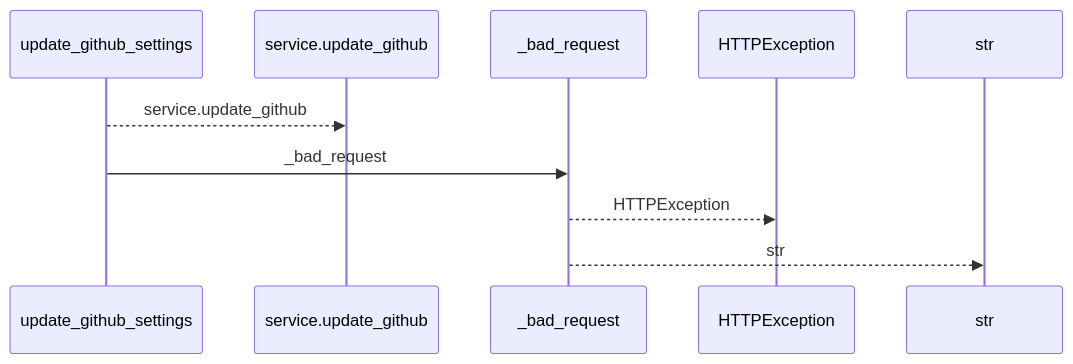
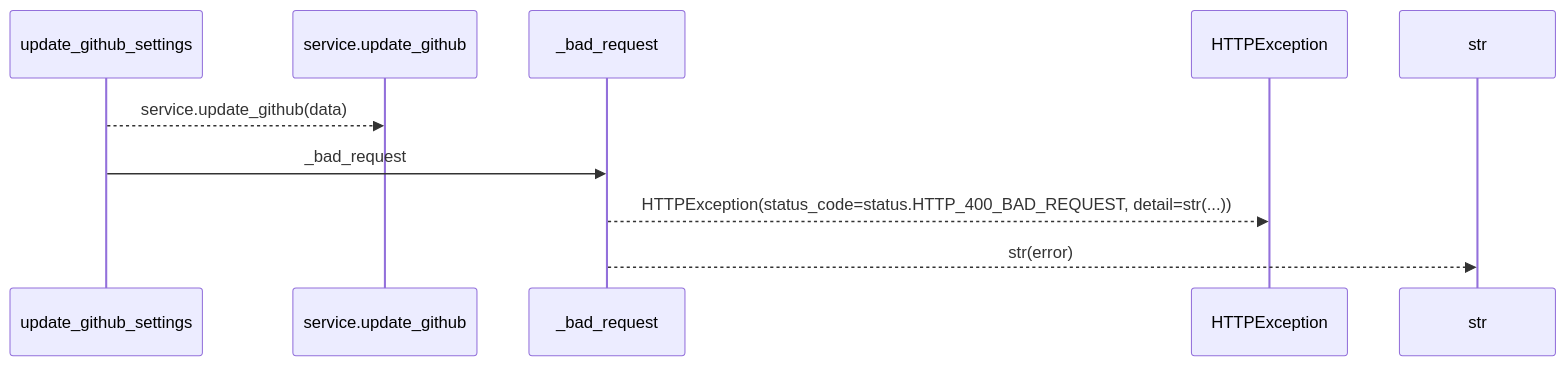
Before and after one commit to Denissvgn/WorkChord: the first of 2 diagrams in docs/llm_wiki/flows/http-update_github_settings.md, drawn with Mermaid. The commit also changed other lines of this file and 25171 other files, not shown here.

````diff
--- a/docs/llm_wiki/flows/http-update_github_settings.md
+++ b/docs/llm_wiki/flows/http-update_github_settings.md
@@ -10,12 +12,12 @@
 ```mermaid
 sequenceDiagram
     participant p0 as update_github_settings
     participant p1 as service.update_github
     participant p2 as _bad_request
     participant p3 as HTTPException
     participant p4 as str
-    p0-->>p1: service.update_github
+    p0-->>p1: service.update_github(data)
     p0->>p2: _bad_request
-    p2-->>p3: HTTPException
-    p2-->>p4: str
+    p2-->>p3: HTTPException(status_code=status.HTTP_400_BAD_REQUEST, detail=str(...))
+    p2-->>p4: str(error)
 ```
````
